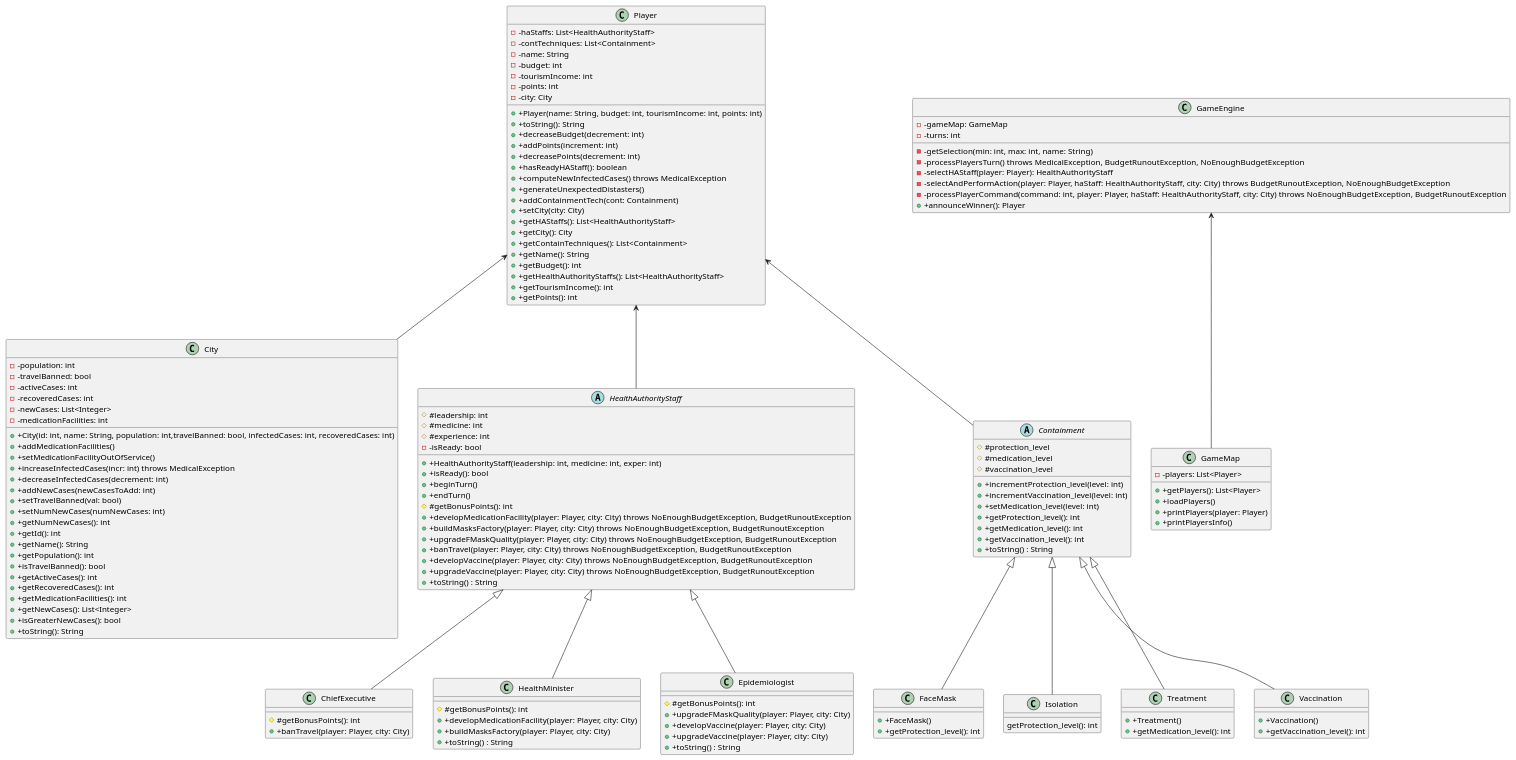
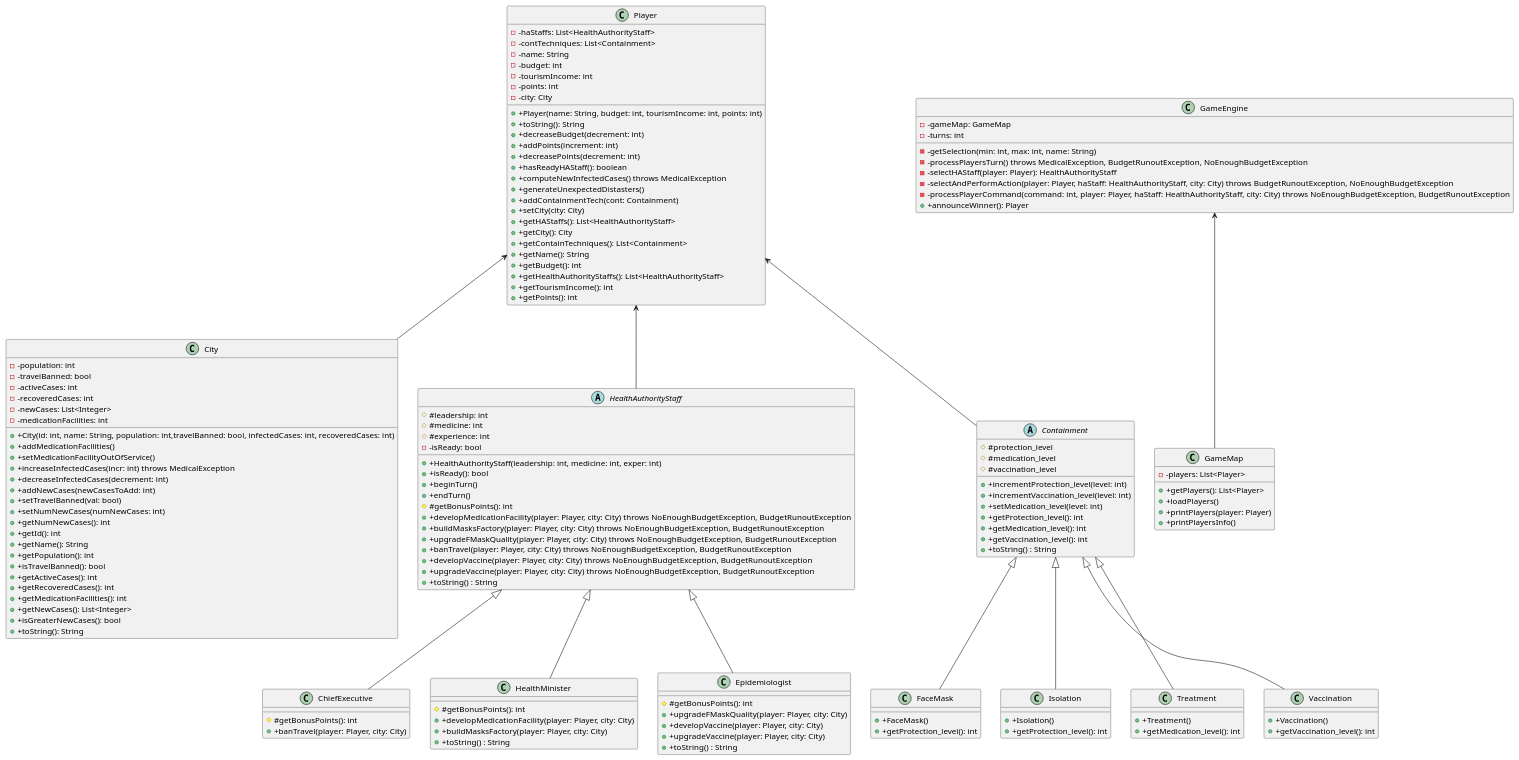
The diagram in engine.puml (ahmad-hl/comp3021-corona-spring2021), drawn with PlantUML before and after one commit.

Commit message:
update: class diagram to show modifiers, parameters, and return types

```diff
--- a/engine.puml
+++ b/engine.puml
@@ -1,154 +1,155 @@
 @startuml
 'https://plantuml.com/class-diagram
 class City{
 - -population: int
 - -travelBanned: bool
 - -activeCases: int
 - -recoveredCases: int
 - -newCases: List<Integer>
 - -medicationFacilities: int
 + +City(id: int, name: String, population: int,travelBanned: bool, infectedCases: int, recoveredCases: int)
 + +addMedicationFacilities()
 + +setMedicationFacilityOutOfService()
 + +increaseInfectedCases(incr: int) throws MedicalException
 + +decreaseInfectedCases(decrement: int)
 + +addNewCases(newCasesToAdd: int)
 + +setTravelBanned(val: bool)
 + +setNumNewCases(numNewCases: int)
 + +getNumNewCases(): int
 + +getId(): int
 + +getName(): String
 + +getPopulation(): int
 + +isTravelBanned(): bool
 + +getActiveCases(): int
 + +getRecoveredCases(): int
 + +getMedicationFacilities(): int
 + +getNewCases(): List<Integer>
 + +isGreaterNewCases(): bool
 + +toString(): String
 }
 
 class Player{
 - -haStaffs: List<HealthAuthorityStaff>
 - -contTechniques: List<Containment>
 - -name: String
 - -budget: int
 - -tourismIncome: int
 - -points: int
 - -city: City
 + +Player(name: String, budget: int, tourismIncome: int, points: int)
 + +toString(): String
 + +decreaseBudget(decrement: int)
 + +addPoints(increment: int)
 + +decreasePoints(decrement: int)
 + +hasReadyHAStaff(): boolean
 + +computeNewInfectedCases() throws MedicalException
 + +generateUnexpectedDistasters()
 + +addContainmentTech(cont: Containment)
 + +setCity(city: City)
 + +getHAStaffs(): List<HealthAuthorityStaff>
 + +getCity(): City
 + +getContainTechniques(): List<Containment>
 + +getName(): String
 + +getBudget(): int
 + +getHealthAuthorityStaffs(): List<HealthAuthorityStaff>
 + +getTourismIncome(): int
 + +getPoints(): int
 }
 
 class GameEngine{
 - -gameMap: GameMap
 - -turns: int
 - -getSelection(min: int, max: int, name: String)
 - -processPlayersTurn() throws MedicalException, BudgetRunoutException, NoEnoughBudgetException
 - -selectHAStaff(player: Player): HealthAuthorityStaff
 - -selectAndPerformAction(player: Player, haStaff: HealthAuthorityStaff, city: City) throws BudgetRunoutException, NoEnoughBudgetException
 - -processPlayerCommand(command: int, player: Player, haStaff: HealthAuthorityStaff, city: City) throws NoEnoughBudgetException, BudgetRunoutException
 + +announceWinner(): Player
 }
 
 class GameMap{
 - -players: List<Player>
 + +getPlayers(): List<Player>
 + +loadPlayers()
 + +printPlayers(player: Player)
 + +printPlayersInfo()
 }
 
 abstract class HealthAuthorityStaff{
 # #leadership: int
 # #medicine: int
 # #experience: int
 - -isReady: bool
 + +HealthAuthorityStaff(leadership: int, medicine: int, exper: int)
 + +isReady(): bool
 + +beginTurn()
 + +endTurn()
 # #getBonusPoints(): int
 + +developMedicationFacility(player: Player, city: City) throws NoEnoughBudgetException, BudgetRunoutException
 + +buildMasksFactory(player: Player, city: City) throws NoEnoughBudgetException, BudgetRunoutException
 + +upgradeFMaskQuality(player: Player, city: City) throws NoEnoughBudgetException, BudgetRunoutException
 + +banTravel(player: Player, city: City) throws NoEnoughBudgetException, BudgetRunoutException
 + +developVaccine(player: Player, city: City) throws NoEnoughBudgetException, BudgetRunoutException
 + +upgradeVaccine(player: Player, city: City) throws NoEnoughBudgetException, BudgetRunoutException
 + +toString() : String
 }
 
 class ChiefExecutive{
 # #getBonusPoints(): int
 + +banTravel(player: Player, city: City)
 }
 class HealthMinister{
 # #getBonusPoints(): int
 + +developMedicationFacility(player: Player, city: City)
 + +buildMasksFactory(player: Player, city: City)
 + +toString() : String
 }
 class Epidemiologist{
 # #getBonusPoints(): int
 + +upgradeFMaskQuality(player: Player, city: City)
 + +developVaccine(player: Player, city: City)
 + +upgradeVaccine(player: Player, city: City)
 + +toString() : String
 }
 HealthAuthorityStaff <|-- ChiefExecutive
 HealthAuthorityStaff <|-- HealthMinister
 HealthAuthorityStaff <|-- Epidemiologist
 
 abstract class Containment{
 # #protection_level
 # #medication_level
 # #vaccination_level
 + +incrementProtection_level(level: int)
 + +incrementVaccination_level(level: int)
 + +setMedication_level(level: int)
 + +getProtection_level(): int
 + +getMedication_level(): int
 + +getVaccination_level(): int
 + +toString() : String
 }
 class FaceMask{
 + +FaceMask()
 + +getProtection_level(): int
 }
 class Isolation{
-getProtection_level(): int
++ +Isolation()
++ +getProtection_level(): int
 }
 class Treatment{
 + +Treatment()
 + +getMedication_level(): int
 }
 class Vaccination{
 + +Vaccination()
 + +getVaccination_level(): int
 }
 Containment <|-- FaceMask
 Containment <|-- Isolation
 Containment <|-- Treatment
 Containment <|-- Vaccination
 
 Player <-- City
 Player <-- Containment
 Player <-- HealthAuthorityStaff
 GameEngine <-- GameMap
 @enduml
```
